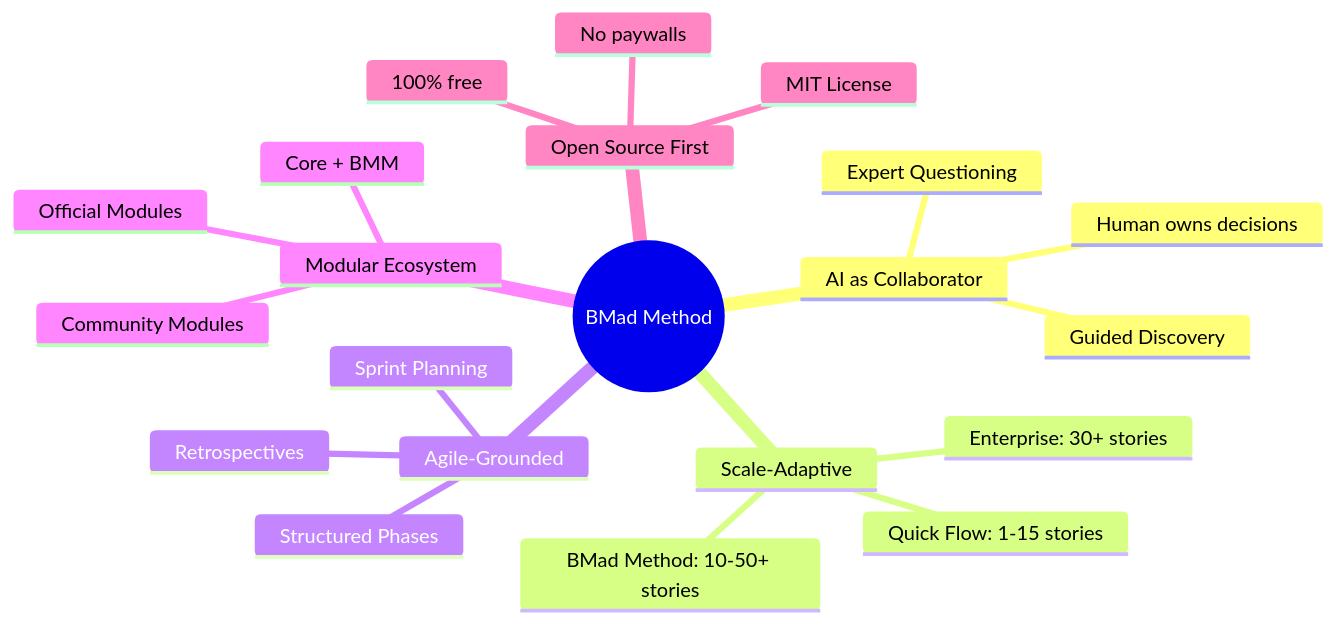
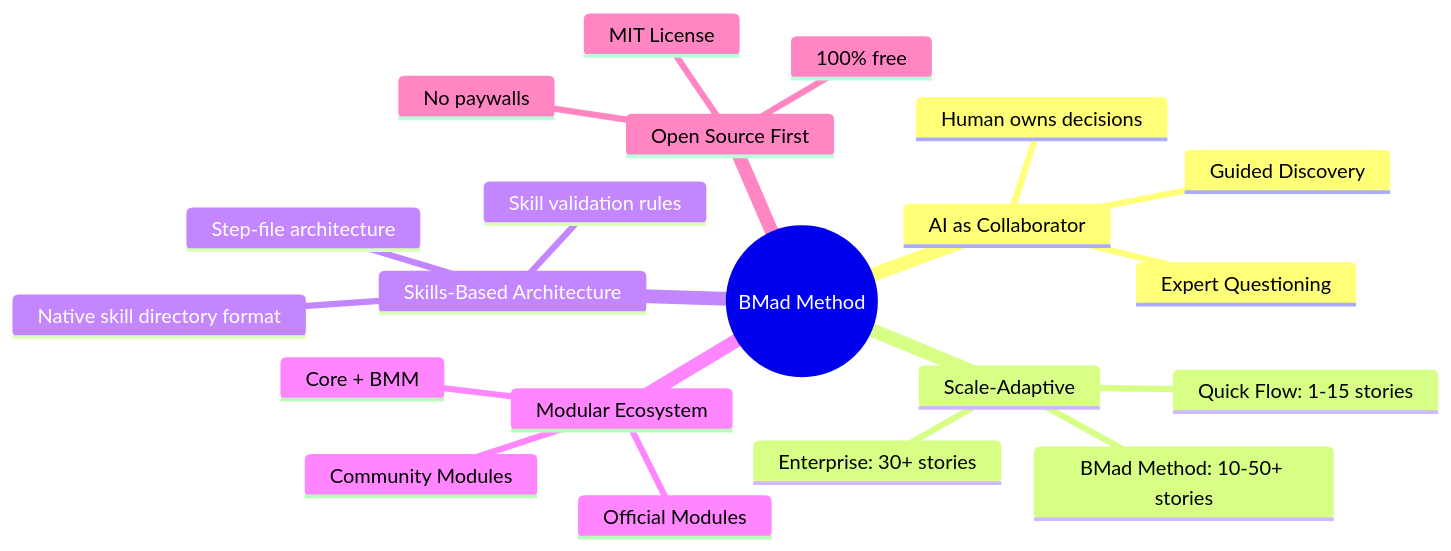
The first of 3 diagrams in vn/bmad-method/0. Overview.md (thientranhung/agentic-coding-lab), drawn with Mermaid before and after one commit. The commit also changed other lines of this file and 14 other files, not shown here.

````diff
--- a/vn/bmad-method/0. Overview.md
+++ b/vn/bmad-method/0. Overview.md
@@ -55,24 +37,24 @@
 ```mermaid
 mindmap
   root((BMad Method))
     AI as Collaborator
       Guided Discovery
       Expert Questioning
       Human owns decisions
     Scale-Adaptive
       Quick Flow: 1-15 stories
       BMad Method: 10-50+ stories
       Enterprise: 30+ stories
-    Agile-Grounded
-      Structured Phases
-      Sprint Planning
-      Retrospectives
+    Skills-Based Architecture
+      Native skill directory format
+      Step-file architecture
+      Skill validation rules
     Modular Ecosystem
       Core + BMM
       Official Modules
       Community Modules
     Open Source First
       100% free
       MIT License
       No paywalls
 ```
````
